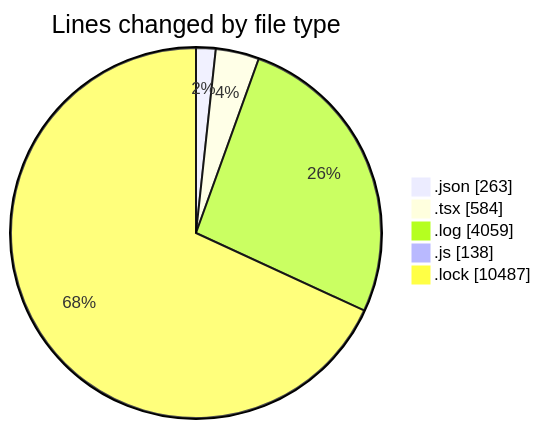
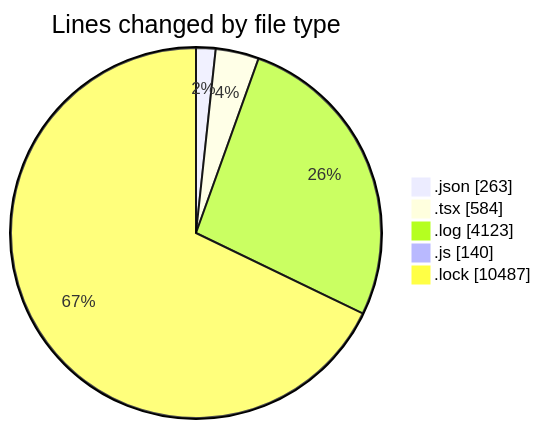
Before and after one commit to momahboobian/code-tracking: the first of 2 diagrams in 2026-03-24/cda/README.md, drawn with Mermaid. The commit also changed other lines of this file and 1 other file, not shown here.

````diff
--- a/2026-03-24/cda/README.md
+++ b/2026-03-24/cda/README.md
@@ -28,9 +28,9 @@
 ```mermaid
 pie showData
 title Lines changed by file type
 ".json" : 263
 ".tsx" : 584
-".log" : 4059
-".js" : 138
+".log" : 4123
+".js" : 140
 ".lock" : 10487
 ```
````
